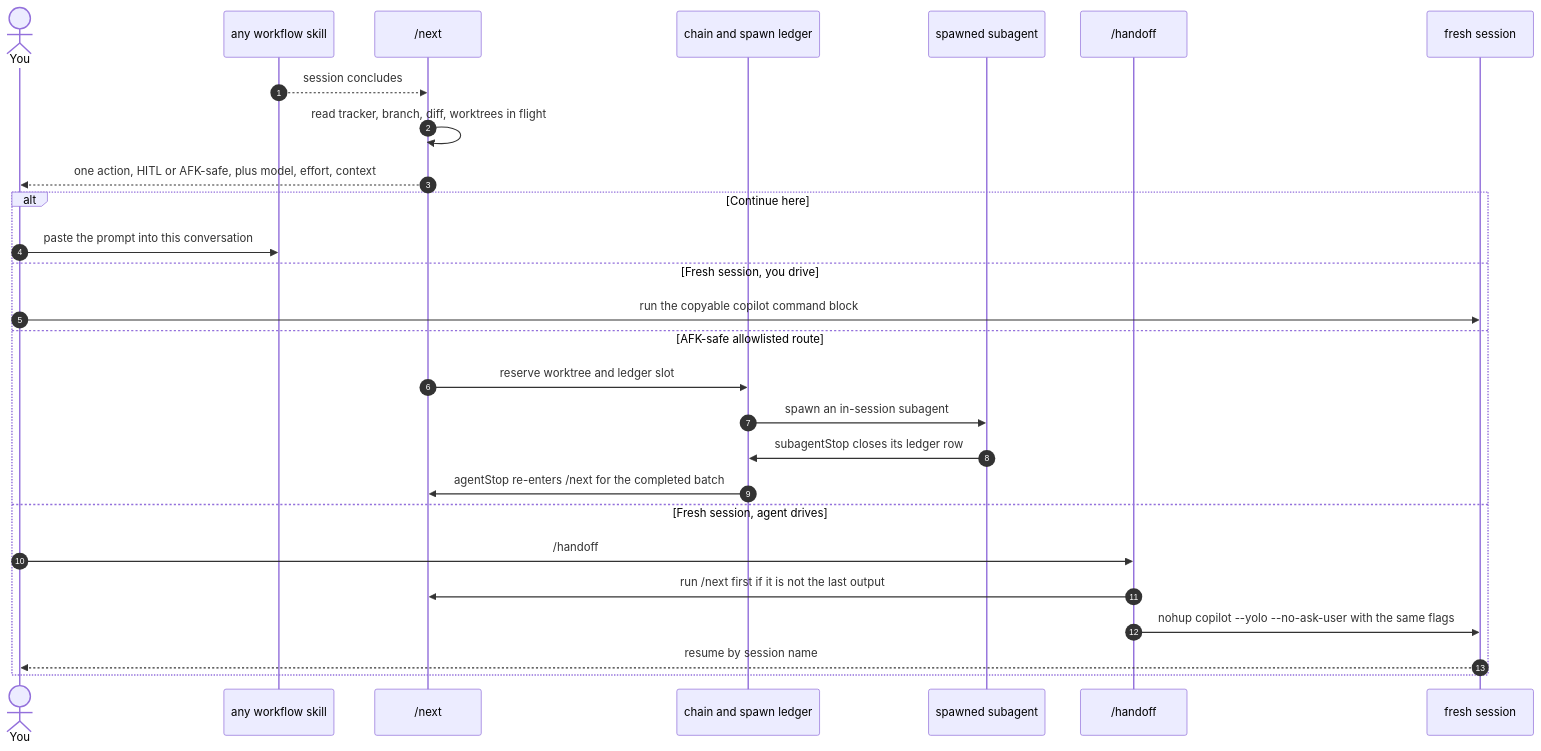
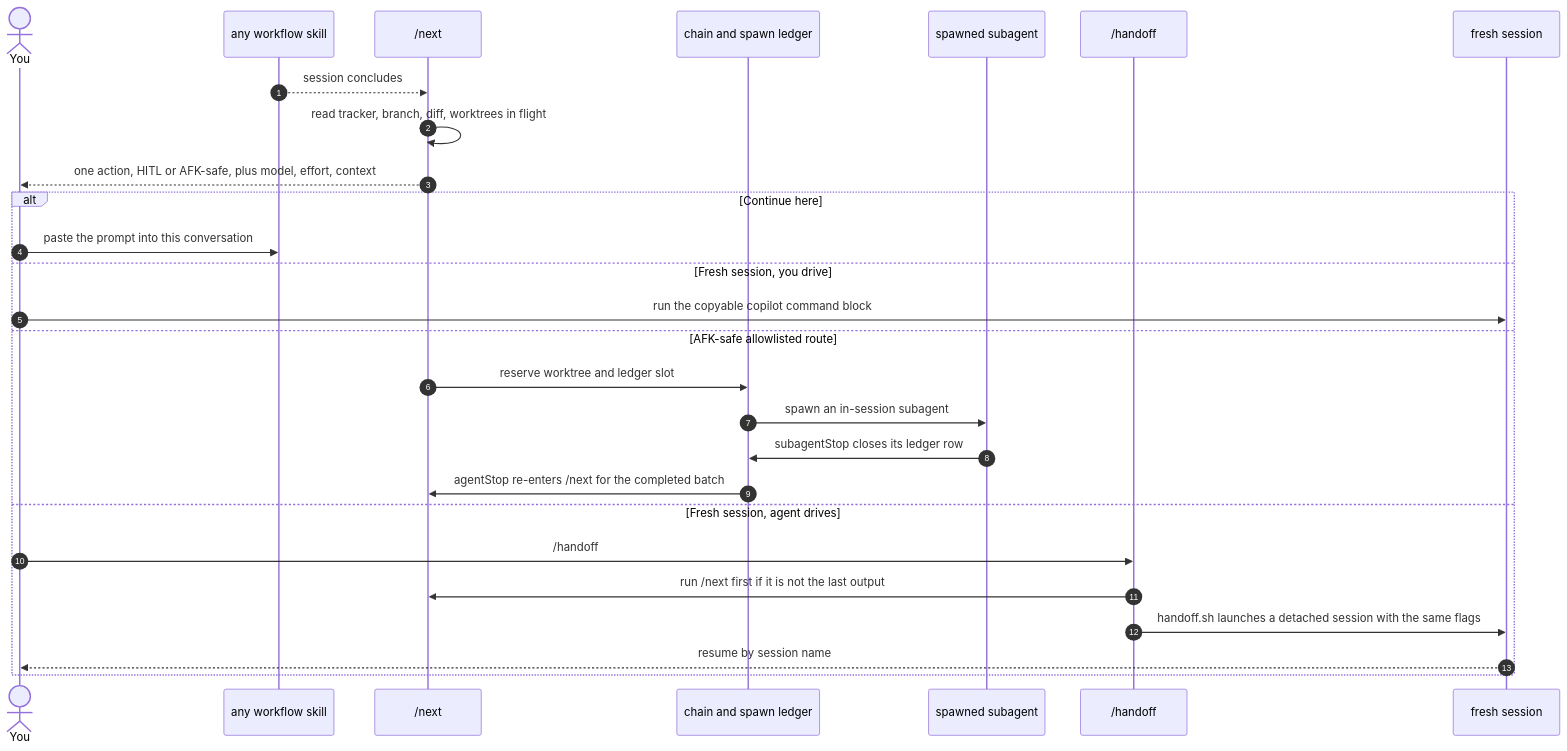
The third of 12 diagrams in docs/skill-connections.md (bradcstevens/git-loopy-skills), drawn with Mermaid before and after one commit. The commit also changed 8 other files, not shown here.

````diff
--- a/docs/skill-connections.md
+++ b/docs/skill-connections.md
@@ -168,31 +168,31 @@
 ```mermaid
 sequenceDiagram
     autonumber
     actor U as You
     participant SK as any workflow skill
     participant NX as /next
     participant CH as chain and spawn ledger
     participant SA as spawned subagent
     participant HO as /handoff
     participant BG as fresh session
 
     SK-->>NX: session concludes
     NX->>NX: read tracker, branch, diff, worktrees in flight
     NX-->>U: one action, HITL or AFK-safe, plus model, effort, context
 
     alt Continue here
         U->>SK: paste the prompt into this conversation
     else Fresh session, you drive
         U->>BG: run the copyable copilot command block
     else AFK-safe allowlisted route
         NX->>CH: reserve worktree and ledger slot
         CH->>SA: spawn an in-session subagent
         SA->>CH: subagentStop closes its ledger row
         CH->>NX: agentStop re-enters /next for the completed batch
     else Fresh session, agent drives
         U->>HO: /handoff
         HO->>NX: run /next first if it is not the last output
-        HO->>BG: nohup copilot --yolo --no-ask-user with the same flags
+        HO->>BG: handoff.sh launches a detached session with the same flags
         BG-->>U: resume by session name
     end
 ```
````
